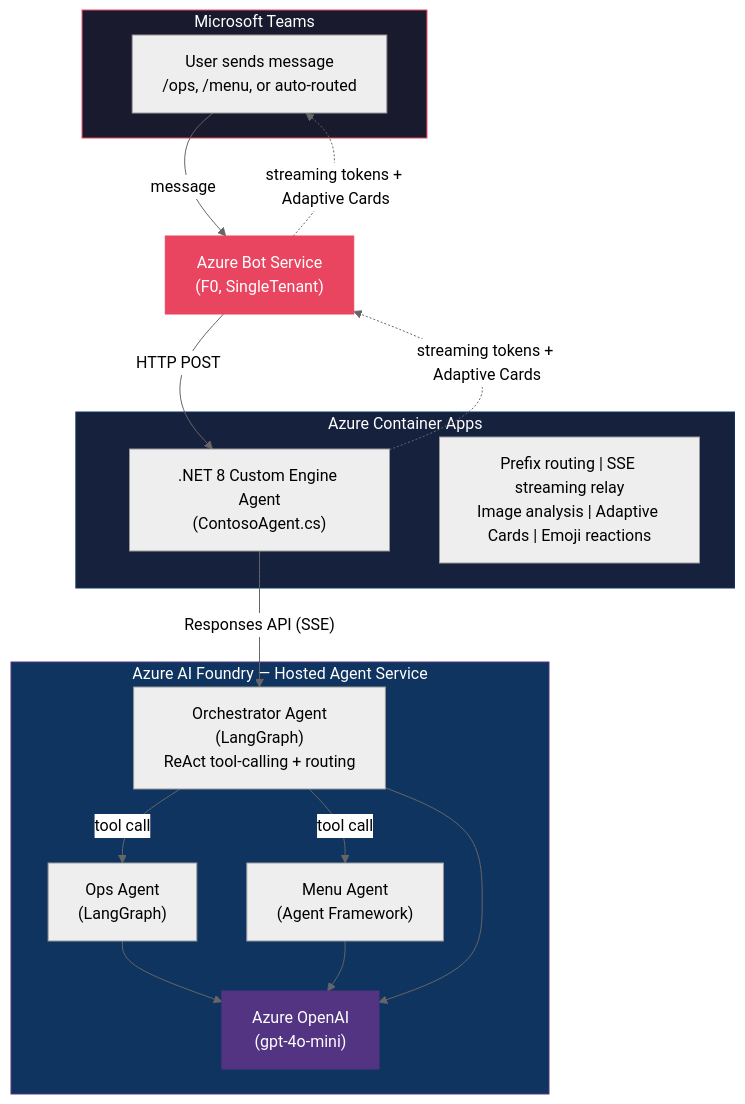
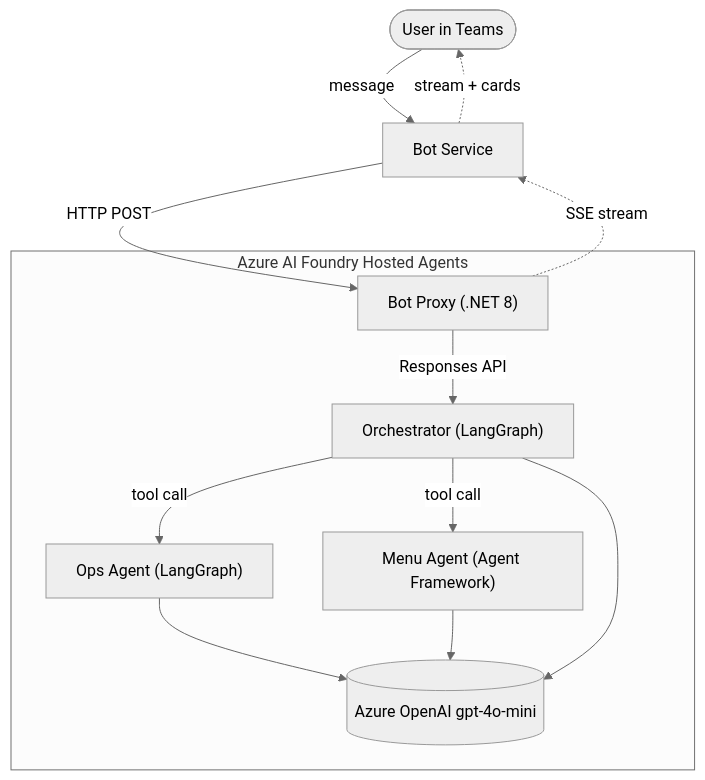
The diagram in README.md (nicksangeorge/foundry-teams-hosted-agenthub), drawn with Mermaid (neutral theme) before and after one commit.

Commit message:
Simplify Mermaid architecture diagram
Shorter node labels to prevent text clipping, remove disconnected
Features node, drop custom styles that hurt readability on light
themes, use stadium/cylinder shapes for user and DB nodes.

````diff
--- a/README.md
+++ b/README.md
@@ -19,37 +19,24 @@
 ```mermaid
 flowchart TB
-    subgraph Teams["Microsoft Teams"]
-        User["User sends message\n/ops, /menu, or auto-routed"]
+    User(["User in Teams"])
+    Bot["Bot Service"]
+    Proxy["Bot Proxy (.NET 8)"]
+    Orch["Orchestrator (LangGraph)"]
+    Ops["Ops Agent (LangGraph)"]
+    Menu["Menu Agent (Agent Framework)"]
+    LLM[("Azure OpenAI gpt-4o-mini")]
+
+    User -->|message| Bot
+    Bot -->|HTTP POST| Proxy
+    Proxy -.->|SSE stream| Bot
+    Bot -.->|stream + cards| User
+
+    subgraph Foundry["Azure AI Foundry Hosted Agents"]
+        Proxy -->|Responses API| Orch
+        Orch -->|tool call| Ops
+        Orch -->|tool call| Menu
+        Ops --> LLM
+        Menu --> LLM
+        Orch --> LLM
     end
-
-    Bot["Azure Bot Service\n(F0, SingleTenant)"]
-
-    subgraph ACA["Azure Container Apps"]
-        Proxy[".NET 8 Custom Engine Agent\n(ContosoAgent.cs)"]
-        Features["Prefix routing | SSE streaming relay\nImage analysis | Adaptive Cards | Emoji reactions"]
-    end
-
-    subgraph Foundry["Azure AI Foundry — Hosted Agent Service"]
-        Orch["Orchestrator Agent\n(LangGraph)\nReAct tool-calling + routing"]
-        Ops["Ops Agent\n(LangGraph)"]
-        Menu["Menu Agent\n(Agent Framework)"]
-        LLM["Azure OpenAI\n(gpt-4o-mini)"]
-    end
-
-    User -- "message" --> Bot
-    Bot -- "HTTP POST" --> Proxy
-    Proxy -. "streaming tokens + Adaptive Cards" .-> Bot
-    Bot -. "streaming tokens + Adaptive Cards" .-> User
-    Proxy -- "Responses API (SSE)" --> Orch
-    Orch -- "tool call" --> Ops
-    Orch -- "tool call" --> Menu
-    Ops --> LLM
-    Menu --> LLM
-    Orch --> LLM
-
-    style Teams fill:#1a1a2e,stroke:#e94560,color:#fff
-    style ACA fill:#16213e,stroke:#0f3460,color:#fff
-    style Foundry fill:#0f3460,stroke:#533483,color:#fff
-    style Bot fill:#e94560,stroke:#e94560,color:#fff
-    style LLM fill:#533483,stroke:#533483,color:#fff
 ```
````
